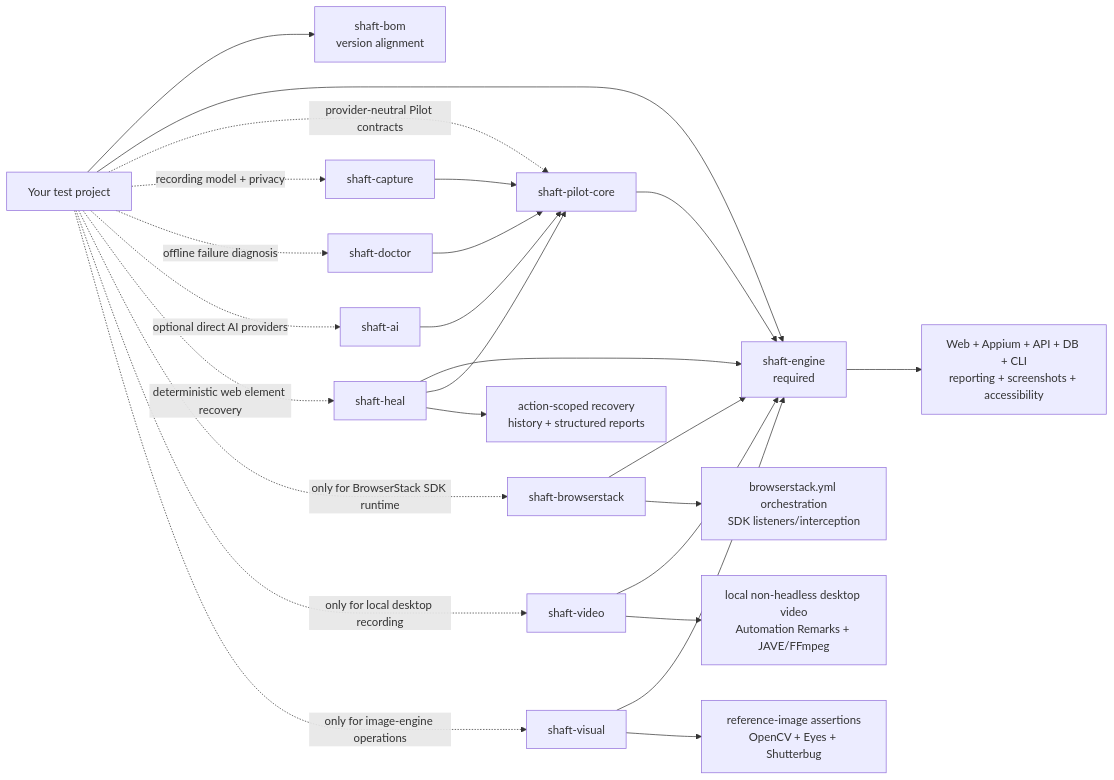
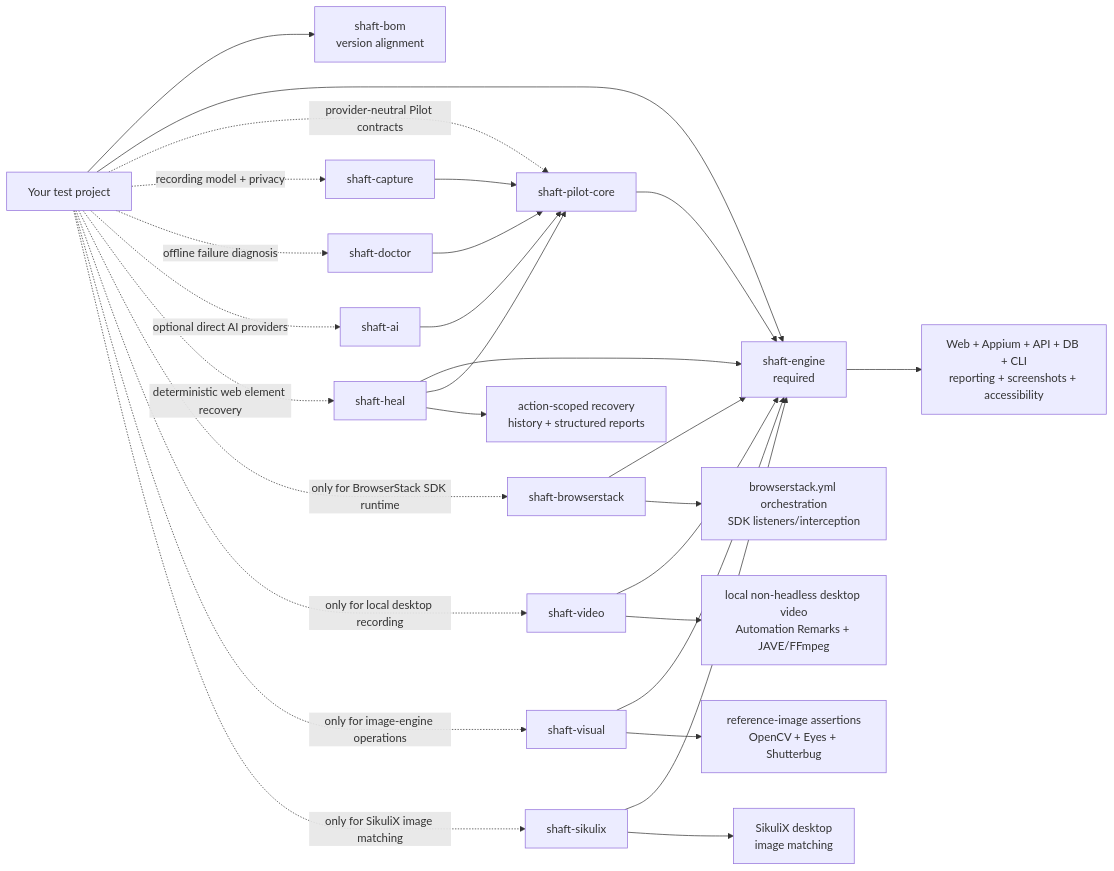
One commit to ShaftHQ/shafthq.github.io changed the fourth of 4 diagrams in docs/start/upgrade.mdx. Above: the diagram before and after it, drawn with Mermaid. The commit also changed other lines of this file and 9 other files, not shown here.

````diff
--- a/docs/start/upgrade.mdx
+++ b/docs/start/upgrade.mdx
@@ -550,29 +564,32 @@
 ```mermaid
 flowchart LR
     Project["Your test project"] --> BOM["shaft-bom<br/>version alignment"]
     Project --> Engine["shaft-engine<br/>required"]
     Project -.->|"provider-neutral Pilot contracts"| PilotCore["shaft-pilot-core"]
     Project -.->|"recording model + privacy"| Capture["shaft-capture"]
     Project -.->|"offline failure diagnosis"| Doctor["shaft-doctor"]
     Project -.->|"optional direct AI providers"| AI["shaft-ai"]
     Project -.->|"deterministic web element recovery"| Heal["shaft-heal"]
     Project -.->|"only for BrowserStack SDK runtime"| BrowserStack["shaft-browserstack"]
     Project -.->|"only for local desktop recording"| Video["shaft-video"]
     Project -.->|"only for image-engine operations"| Visual["shaft-visual"]
+    Project -.->|"only for SikuliX image matching"| SikuliX["shaft-sikulix"]
 
     BrowserStack --> Engine
     Video --> Engine
     Visual --> Engine
+    SikuliX --> Engine
     PilotCore --> Engine
     Capture --> PilotCore
     Doctor --> PilotCore
     AI --> PilotCore
     Heal --> Engine
     Heal --> PilotCore
 
     Engine --> Core["Web + Appium + API + DB + CLI<br/>reporting + screenshots + accessibility"]
     BrowserStack --> SDK["browserstack.yml orchestration<br/>SDK listeners/interception"]
     Video --> Desktop["local non-headless desktop video<br/>Automation Remarks + JAVE/FFmpeg"]
     Visual --> CV["reference-image assertions<br/>OpenCV + Eyes + Shutterbug"]
+    SikuliX --> DesktopImage["SikuliX desktop<br/>image matching"]
     Heal --> Recovery["action-scoped recovery<br/>history + structured reports"]
 ```
````
